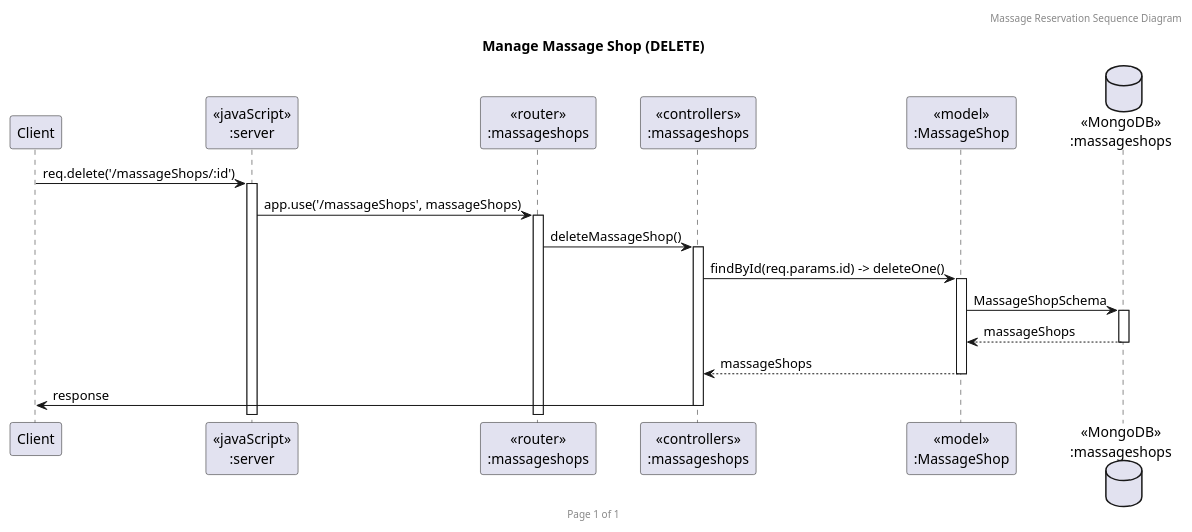
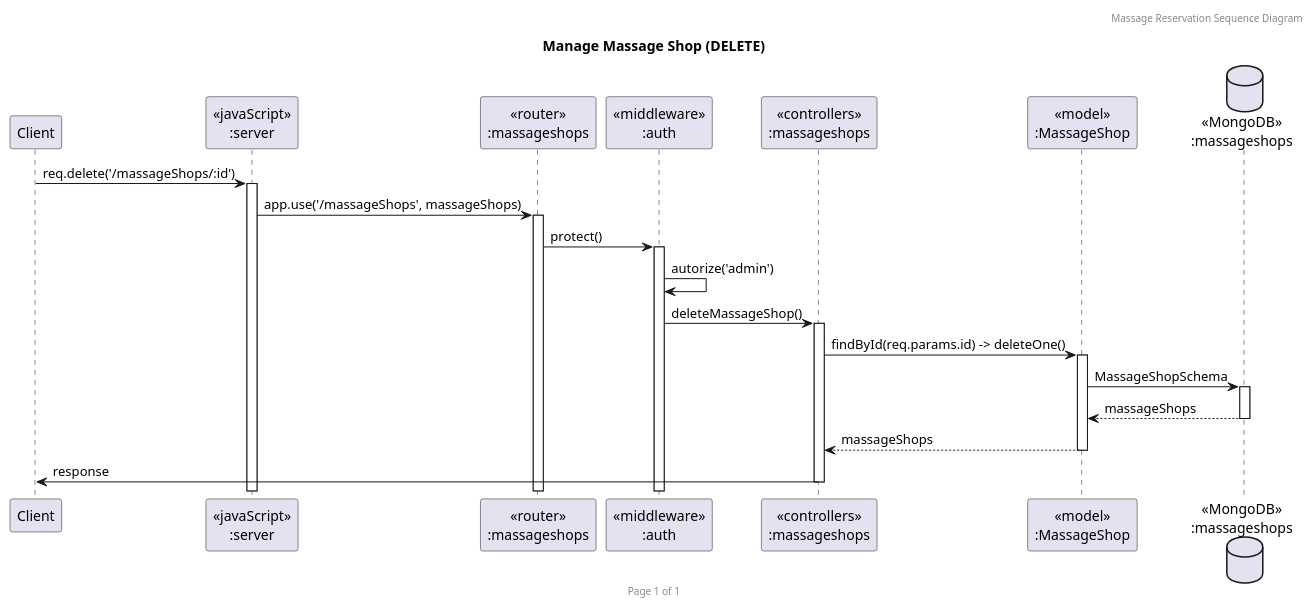
One commit to 2110503TACEDT66/presentation-day-1-organic-soi-ju changed the diagram in DeleteShop.puml. Above: the diagram before and after it, drawn with PlantUML. The commit also changed 3 other files, not shown here.

Commit message:
Shop SeqDiagram (add auth)

```diff
--- a/DeleteShop.puml
+++ b/DeleteShop.puml
@@ -1,23 +1,26 @@
 @startuml Manage Massage Shop (DELETE)
 
 header Massage Reservation Sequence Diagram
 footer Page %page% of %lastpage%
 title "Manage Massage Shop (DELETE)"
 
 participant "Client" as client
 participant "<<javaScript>>\n:server" as server
 participant "<<router>>\n:massageshops" as routerMassageShops
+participant "<<middleware>>\n:auth" as middlewareAuth
 participant "<<controllers>>\n:massageshops" as controllersMassageShops
 participant "<<model>>\n:MassageShop" as modelMassageShop
 database "<<MongoDB>>\n:massageshops" as MassageShopsDatabase
 
 client->server ++:req.delete('/massageShops/:id')
 server->routerMassageShops ++:app.use('/massageShops', massageShops)
-routerMassageShops -> controllersMassageShops ++:deleteMassageShop()
+routerMassageShops->middlewareAuth ++:protect()
+middlewareAuth -> middlewareAuth : autorize('admin')
+middlewareAuth->controllersMassageShops ++:deleteMassageShop()
 controllersMassageShops->modelMassageShop ++:findById(req.params.id) -> deleteOne()
 modelMassageShop ->MassageShopsDatabase ++: MassageShopSchema
 MassageShopsDatabase --> modelMassageShop --: massageShops
 controllersMassageShops <-- modelMassageShop --:massageShops
 controllersMassageShops->client --:response
 
 @enduml
```
